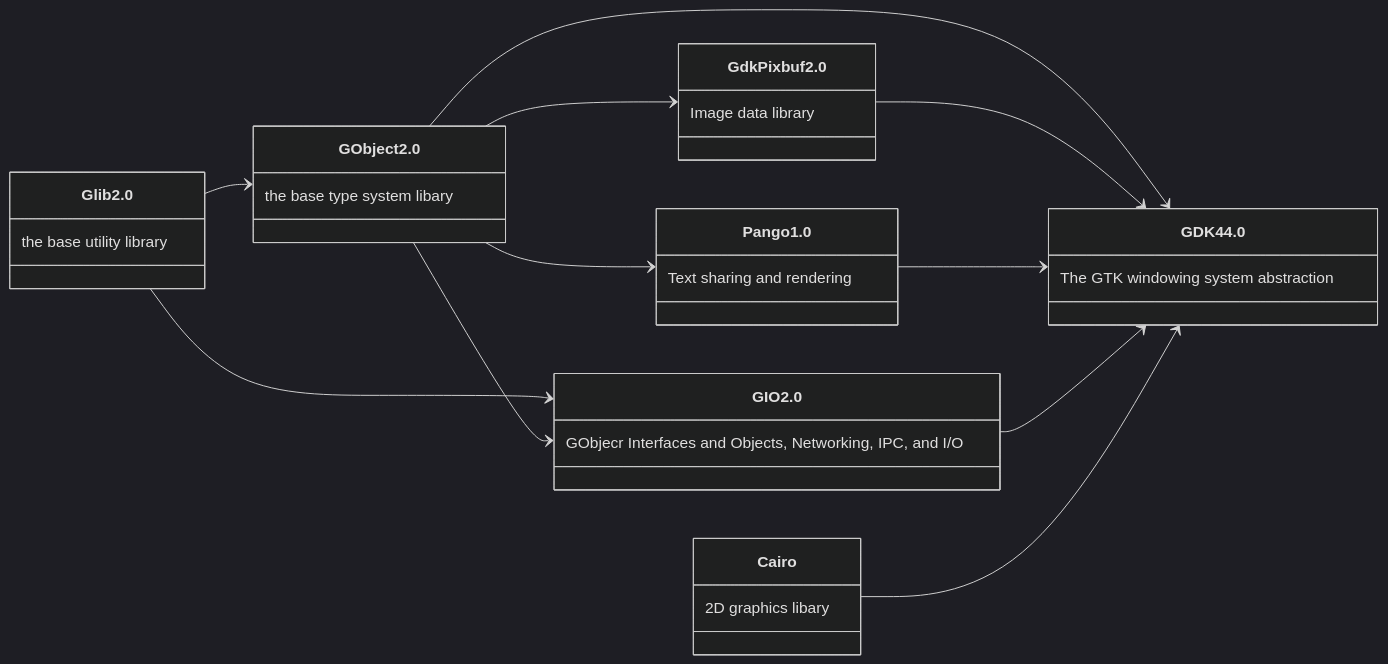
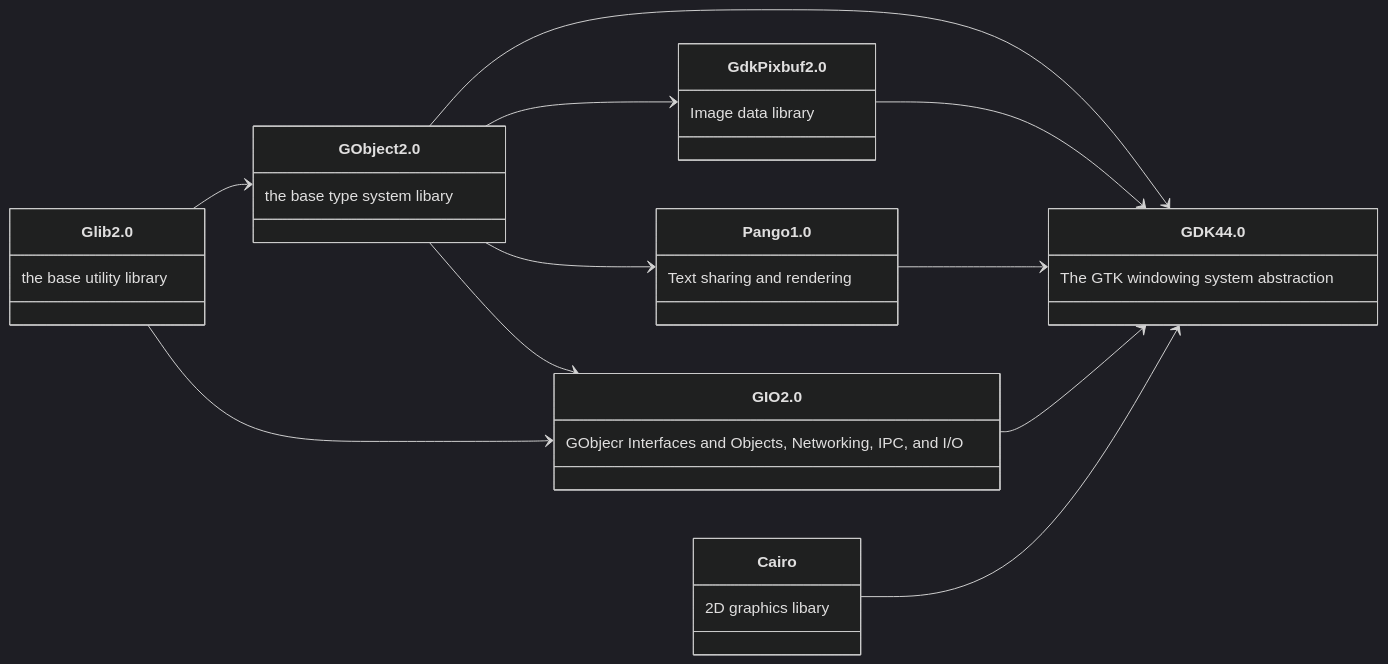
The diagram in readme.md (sechshelme/Lazarus-GNOME-GTK4-Packages_and_Examples), drawn with Mermaid (dark theme) before and after one commit. The commit also changed other lines of this file, not shown here.

````diff
--- a/readme.md
+++ b/readme.md
@@ -40,22 +40,22 @@
 ```mermaid
 classDiagram
 direction RL
 Glib 2.0:the base utility library
 GObject 2.0:the base type system libary
 GIO 2.0:GObjecr Interfaces and Objects, Networking, IPC, and I/O
 GdkPixbuf 2.0:Image data library
 Pango 1.0:Text sharing and rendering
 GDK4 4.0:The GTK windowing system abstraction
 Cairo:2D graphics libary
 
 GObject 2.0<--Glib 2.0
+GIO 2.0<--GObject 2.0
 GIO 2.0<--Glib 2.0
-GIO 2.0<--GObject 2.0
 GdkPixbuf 2.0<--GObject 2.0
 Pango 1.0<--GObject 2.0
 GDK4 4.0<--GObject 2.0
 GDK4 4.0<--GdkPixbuf 2.0
 GDK4 4.0<--Pango 1.0
 GDK4 4.0<--GIO 2.0
 GDK4 4.0<--Cairo
 ```
````
